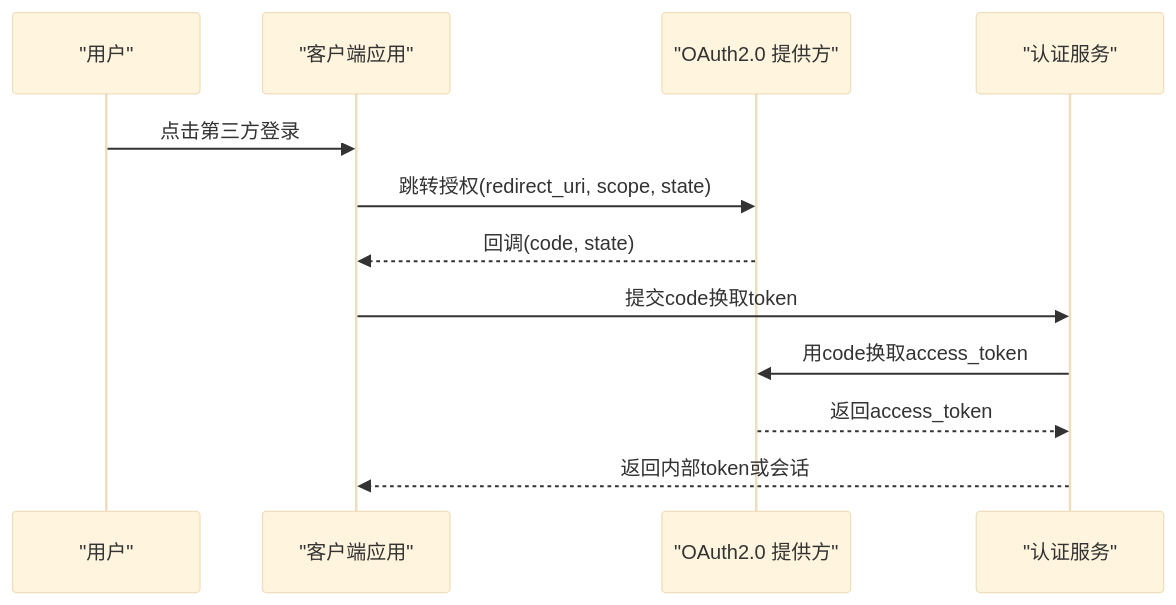
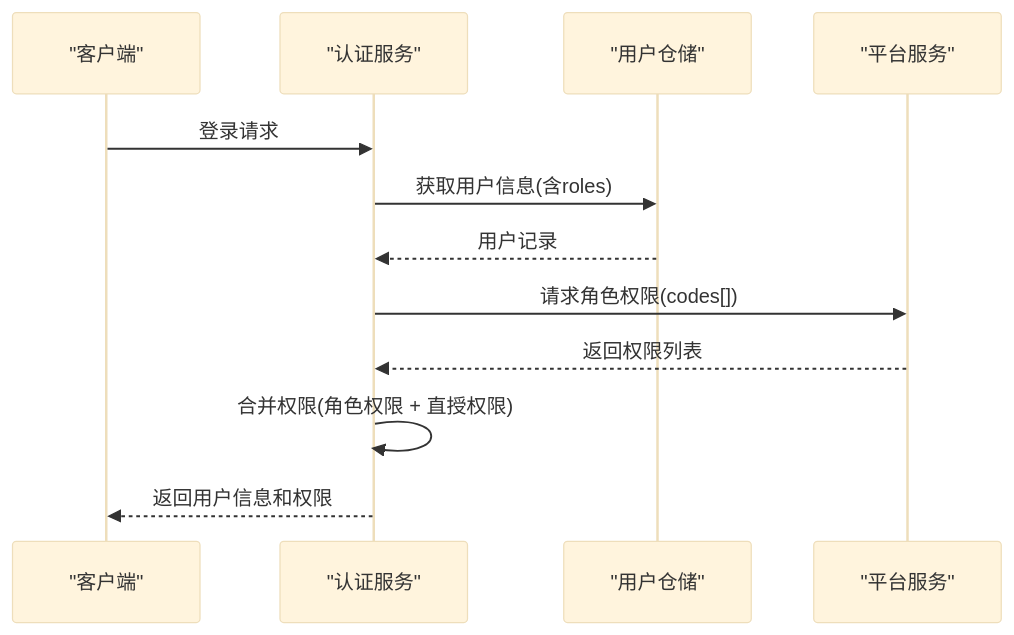
Before and after one commit to q446328246/agri-platform: the sixth of 7 diagrams in .qoder/repowiki/zh/content/核心服务文档/认证授权服务.md, drawn with Mermaid (base theme). The commit also changed other lines of this file and 84 other files, not shown here.

````diff
--- a/.qoder/repowiki/zh/content/核心服务文档/认证授权服务.md
+++ b/.qoder/repowiki/zh/content/核心服务文档/认证授权服务.md
@@ -245,14 +305,14 @@
 ```mermaid
 sequenceDiagram
-participant User as "用户"
-participant App as "客户端应用"
-participant OAuth as "OAuth2.0 提供方"
+participant Client as "客户端"
 participant Auth as "认证服务"
-User->>App : 点击第三方登录
-App->>OAuth : 跳转授权(redirect_uri, scope, state)
-OAuth-->>App : 回调(code, state)
-App->>Auth : 提交code换取token
-Auth->>OAuth : 用code换取access_token
-OAuth-->>Auth : 返回access_token
-Auth-->>App : 返回内部token或会话
+participant UserRepo as "用户仓储"
+participant Platform as "平台服务"
+Client->>Auth : 登录请求
+Auth->>UserRepo : 获取用户信息(含roles)
+UserRepo-->>Auth : 用户记录
+Auth->>Platform : 请求角色权限(codes[])
+Platform-->>Auth : 返回权限列表
+Auth->>Auth : 合并权限(角色权限 + 直授权限)
+Auth-->>Client : 返回用户信息和权限
 ```
````
